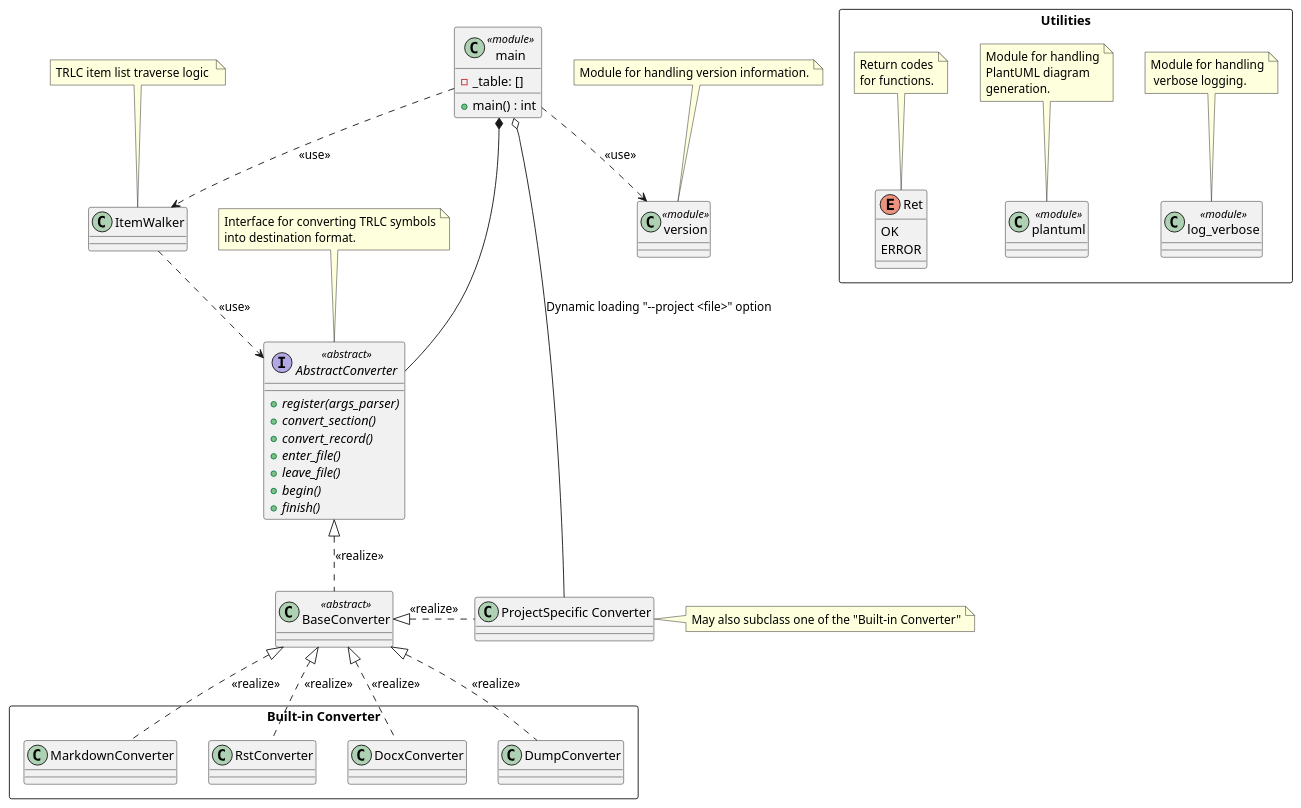
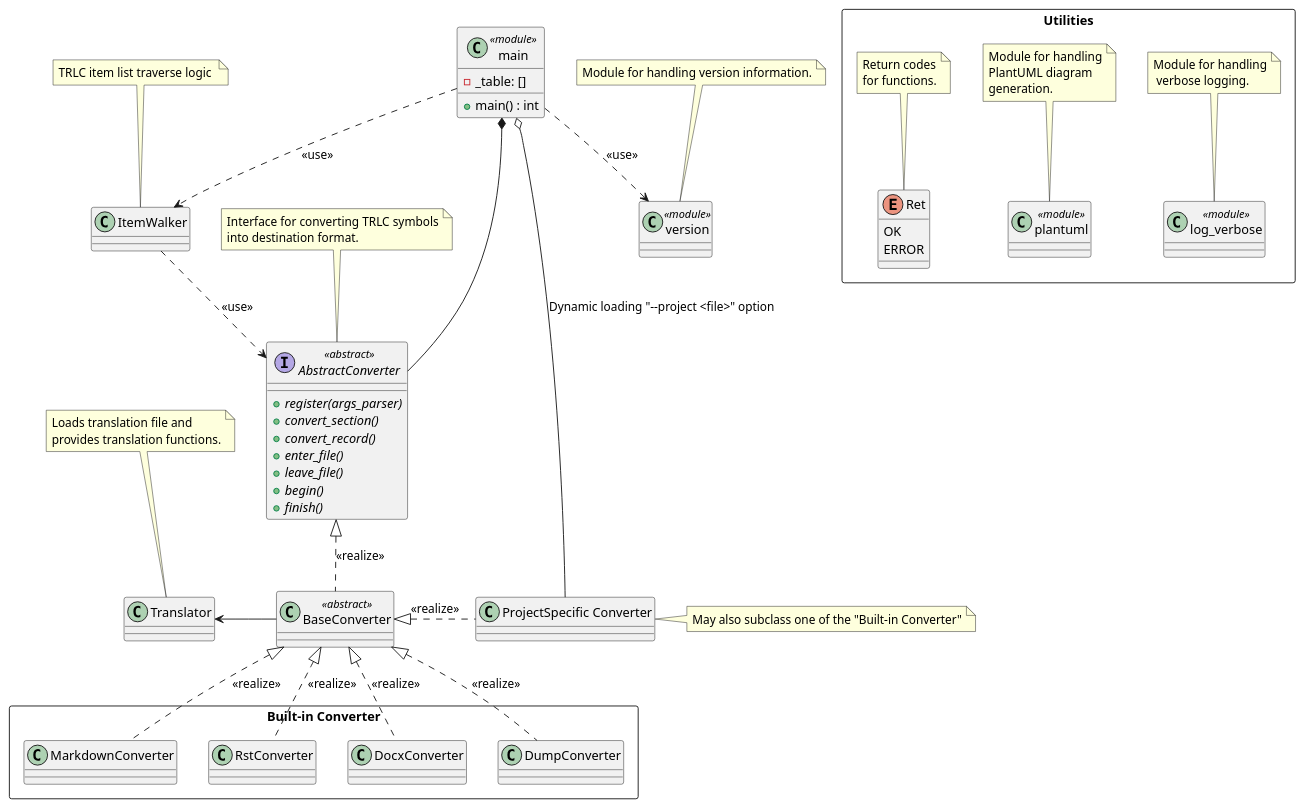
The diagram in doc/architecture/class_diagram.puml (nhjschulz/pyTRLCConverter), drawn with PlantUML before and after one commit. The commit also changed 43 other files, not shown here.

Commit message:
Support of a translation JSON file, used to translate requirement type attribute names. Therefore its not required anymore to use project specific converters in Python, just for translation purpose.

```diff
--- a/doc/architecture/class_diagram.puml
+++ b/doc/architecture/class_diagram.puml
@@ -1,107 +1,118 @@
 @startuml class_diagram
 
-interface AbstractConverter <<abstract>>{
+interface "AbstractConverter" as abstractConverter <<abstract>> {
     + {abstract} register(args_parser)
     + {abstract} convert_section()
     + {abstract} convert_record()
     + {abstract} enter_file()
     + {abstract} leave_file()
     + {abstract} begin()
     + {abstract} finish()
 
 }
 
-note top of AbstractConverter
+note top of abstractConverter
     Interface for converting TRLC symbols
     into destination format.
 end note
 
-class BaseConverter <<abstract>> {
+class "BaseConverter" as baseConverter <<abstract>> {
 }
 
 rectangle "Built-in Converter" {
 
-    class MarkdownConverter {
+    class "MarkdownConverter" as markdownConverter {
     }
 
-    class RstConverter {
+    class "RstConverter" as rstConverter {
 
     }
-    class DocxConverter {
+
+    class "DocxConverter" as docxConverter {
     }
-    class DumpConverter {
+
+    class "DumpConverter" as dumpConverter {
     }
 }
 
-AbstractConverter <|.. BaseConverter: <<realize>>
-BaseConverter <|.. MarkdownConverter: <<realize>>
-BaseConverter <|.. DocxConverter: <<realize>>
-BaseConverter <|.. DumpConverter: <<realize>>
-BaseConverter <|.. RstConverter: <<realize>>
+abstractConverter <|.. baseConverter: <<realize>>
+baseConverter <|.. markdownConverter: <<realize>>
+baseConverter <|.. docxConverter: <<realize>>
+baseConverter <|.. dumpConverter: <<realize>>
+baseConverter <|.. rstConverter: <<realize>>
 
-class version <<module>> {
+class "version" as version <<module>> {
 }
 
 note top of version
     Module for handling version information.
 end note
 
 rectangle Utilities {
 
-    class log_verbose <<module>> {
+    class "log_verbose" as log_verbose <<module>> {
     }
 
     note top of log_verbose
         Module for handling
          verbose logging.
     end note
 
-    class plantuml <<module>> {
+    class "plantuml" as plantuml <<module>> {
     }
 
     note top of plantuml
         Module for handling
         PlantUML diagram
         generation.
     end note
 
     enum Ret {
         OK
         ERROR
     }
 
     note top of Ret
         Return codes
         for functions.
     end note
 }
 
-
-class main <<module>> {
+class "main" as main <<module>> {
     - _table: []
     + main() : int
 }
 
-class ItemWalker
-note top of ItemWalker
+class "ItemWalker" as itemWalker
+
+note top of itemWalker
     TRLC item list traverse logic 
 end note
 
 
-main ..> ItemWalker: <<use>>
-ItemWalker ..> AbstractConverter: <<use>>
-main *--- AbstractConverter
+main ..> itemWalker: <<use>>
+itemWalker ..> abstractConverter: <<use>>
+main *--- abstractConverter
 main ..> version: <<use>>
 
 
-class "ProjectSpecific Converter" {
+class "ProjectSpecific Converter" as prjSpecConverter {
 }
 
-note right of "ProjectSpecific Converter"
+note right of prjSpecConverter
 May also subclass one of the "Built-in Converter"
 end note
 
-BaseConverter <|.r. "ProjectSpecific Converter": <<realize>>
-main o- "ProjectSpecific Converter" : Dynamic loading "--project <file>" option
+baseConverter <|.r. prjSpecConverter: <<realize>>
+main o- prjSpecConverter : Dynamic loading "--project <file>" option
+
+class "Translator" as translator
+
+note top of translator
+    Loads translation file and
+    provides translation functions.
+end note
+
+translator <- baseConverter
 
 @enduml
```
